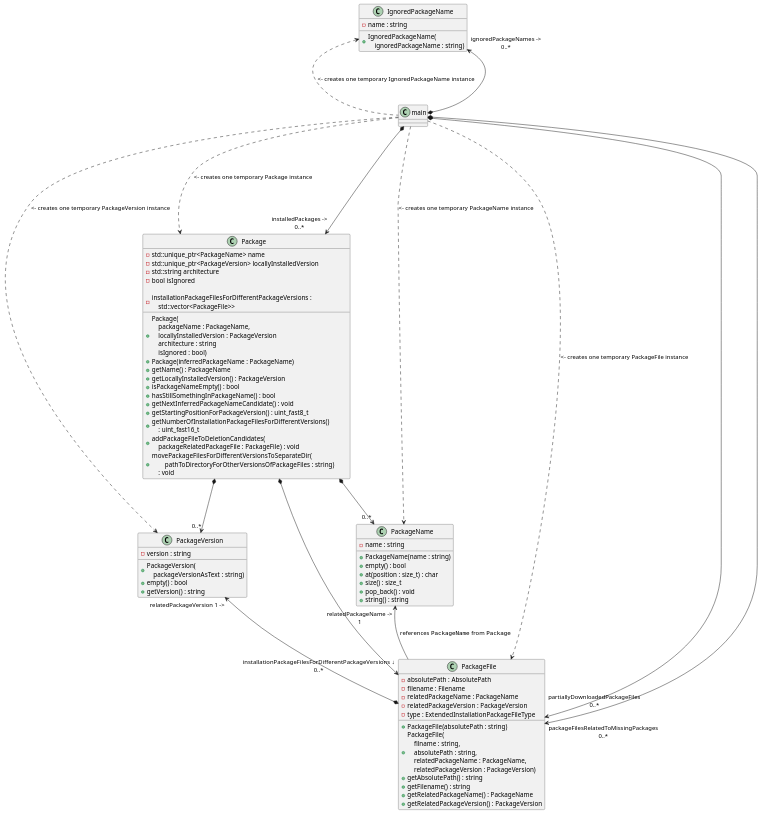
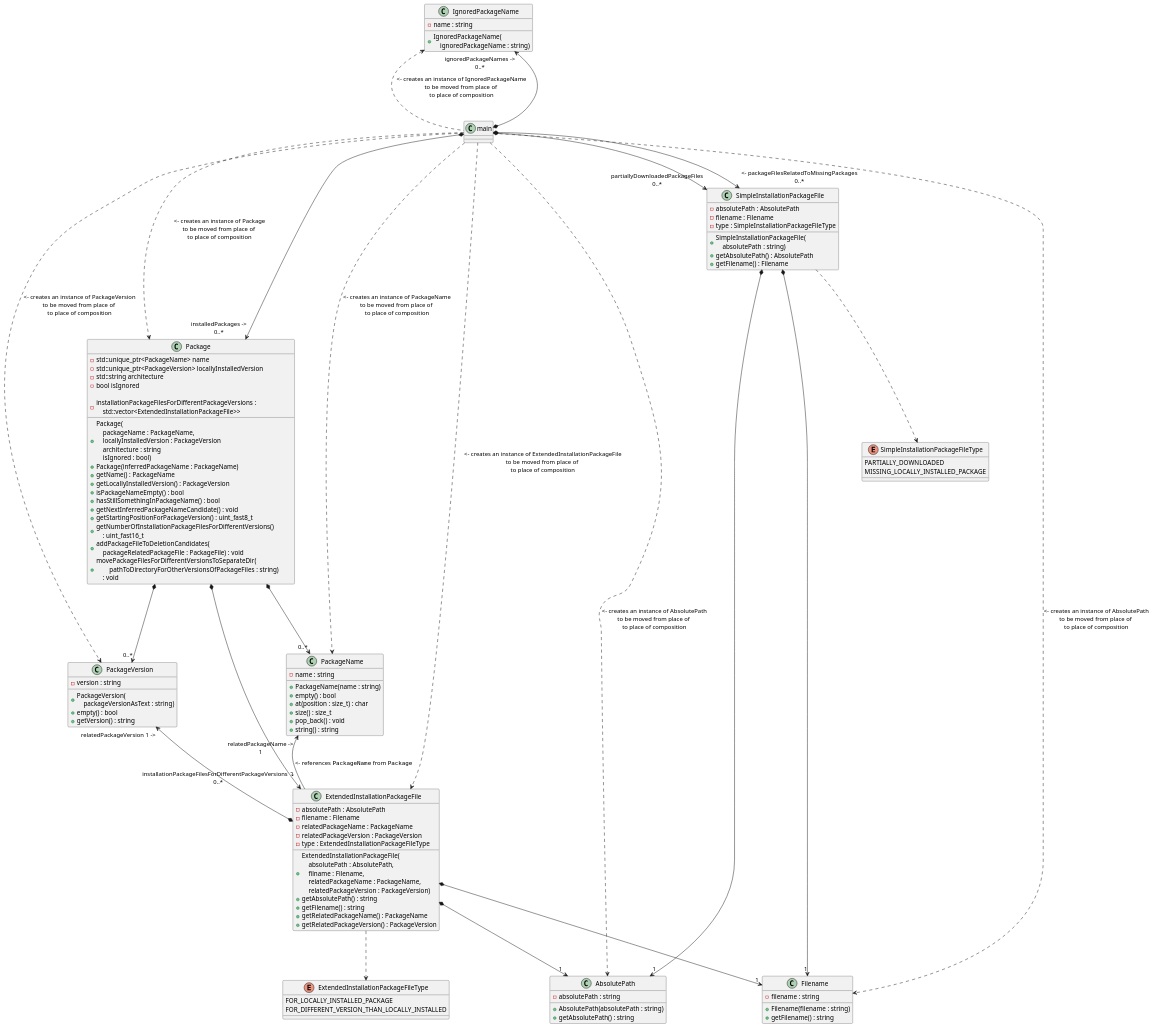
The diagram in clean_pacman_cache_dir-class_diagram.puml (kyberdrb/clean_pacman_cache_dir), drawn with PlantUML before and after one commit. The commit also changed 6 other files, not shown here.

First line of the commit message:
Add UML class diagram with refactored 'PackageFile'...

```diff
--- a/clean_pacman_cache_dir-class_diagram.puml
+++ b/clean_pacman_cache_dir-class_diagram.puml
@@ -1,111 +1,154 @@
 @startuml
 skinparam nodesep 80
 skinparam ranksep 100
 
 class main
 
 class IgnoredPackageName {
     + IgnoredPackageName(\
         \n    ignoredPackageName : string)
     - name : string
 }
 
-main .u.> IgnoredPackageName : "<- creates one temporary IgnoredPackageName instance"
+main .u.> IgnoredPackageName : "<- creates an instance of IgnoredPackageName\nto be moved from place of \nto place of composition"
 main *-u-> "ignoredPackageNames ->\n0..*" IgnoredPackageName
 
 class Package {
     + Package(\
         \n    packageName : PackageName,\
         \n    locallyInstalledVersion : PackageVersion\
         \n    architecture : string\
         \n    isIgnored : bool)
     + Package(inferredPackageName : PackageName)
     + getName() : PackageName
     + getLocallyInstalledVersion() : PackageVersion
     + isPackageNameEmpty() : bool
     + hasStillSomethingInPackageName() : bool
     + getNextInferredPackageNameCandidate() : void
     + getStartingPositionForPackageVersion() : uint_fast8_t
     + getNumberOfInstallationPackageFilesForDifferentVersions()\
         \n    : uint_fast16_t
     + addPackageFileToDeletionCandidates(\
         \n    packageRelatedPackageFile : PackageFile) : void
     + movePackageFilesForDifferentVersionsToSeparateDir(\
         \n        pathToDirectoryForOtherVersionsOfPackageFiles : string)\
         \n    : void
 
     - std::unique_ptr<PackageName> name
     - std::unique_ptr<PackageVersion> locallyInstalledVersion
     - std::string architecture
     - bool isIgnored
 
     - installationPackageFilesForDifferentPackageVersions :\
-        \n    std::vector<PackageFile>>
+        \n    std::vector<ExtendedInstallationPackageFile>>
 }
 
-main ..> Package : "<- creates one temporary Package instance"
+main ..> Package : "<- creates an instance of Package\nto be moved from place of \nto place of composition"
 main *---> "installedPackages ->\n0..*" Package
 Package *--> "0..*" PackageName
 Package *--> "0..*" PackageVersion
-Package *--> "installationPackageFilesForDifferentPackageVersions ↓\n0..*" PackageFile
+Package *--> "installationPackageFilesForDifferentPackageVersions ↴\n0..*" ExtendedInstallationPackageFile
 
-class PackageFile {
-    + PackageFile(absolutePath : string)
-    + PackageFile(\
-        \n    filname : string,\
-        \n    absolutePath : string,\
+class SimpleInstallationPackageFile {
+    + SimpleInstallationPackageFile(\
+        \n    absolutePath : string)
+    + getAbsolutePath() : AbsolutePath
+    + getFilename() : Filename
+    - absolutePath : AbsolutePath
+    - filename : Filename
+    - type : SimpleInstallationPackageFileType
+}
+
+main *--> "partiallyDownloadedPackageFiles\n0..*" SimpleInstallationPackageFile
+main *--> "<- packageFilesRelatedToMissingPackages\n0..*" SimpleInstallationPackageFile
+
+SimpleInstallationPackageFile *--> "1" AbsolutePath
+SimpleInstallationPackageFile *--> "1" Filename
+SimpleInstallationPackageFile ..> SimpleInstallationPackageFileType
+
+class ExtendedInstallationPackageFile {
+    + ExtendedInstallationPackageFile(\
+        \n    absolutePath : AbsolutePath,\
+        \n    filname : Filename,\
         \n    relatedPackageName : PackageName,\
         \n    relatedPackageVersion : PackageVersion)
     + getAbsolutePath() : string
     + getFilename() : string
     + getRelatedPackageName() : PackageName
     + getRelatedPackageVersion() : PackageVersion
     - absolutePath : AbsolutePath
     - filename : Filename
     - relatedPackageName : PackageName
     - relatedPackageVersion : PackageVersion
     - type : ExtendedInstallationPackageFileType
 }
 
-main ..> PackageFile : "<- creates one temporary PackageFile instance"
-main *--> "partiallyDownloadedPackageFiles\n0..*\n" PackageFile
-main *--> "packageFilesRelatedToMissingPackages\n0..*\n" PackageFile
+main ..> ExtendedInstallationPackageFile : "<- creates an instance of ExtendedInstallationPackageFile\nto be moved from place of \nto place of composition"
 
-PackageFile -l-> "relatedPackageName ->\n1" PackageName : " references ""PackageName"" from ""Package"""
+ExtendedInstallationPackageFile *--> "1" AbsolutePath
+ExtendedInstallationPackageFile *--> "1" Filename
+
+ExtendedInstallationPackageFile -l-> "relatedPackageName ->\n1" PackageName : "<- references ""PackageName"" from ""Package"""
 /'
 The relationship between 'PackageFile' and 'PackageName'
  can also be modelled with 'shared_ptr' packageName member
  in Package and referenced to a 'weak_ptr' relatedPackageName
  member in PackageFile but I'll leave this as is now,
  because 'unique_ptr' with reference has less overhead
  than 'shared_ptr' with 'weak_ptr'
  because of the reference counting feature of 'shared_ptr'
 '/
 
-PackageFile *-u-> "relatedPackageVersion 1 ->" PackageVersion
+ExtendedInstallationPackageFile *-u-> "relatedPackageVersion 1 ->" PackageVersion
+ExtendedInstallationPackageFile ..> ExtendedInstallationPackageFileType
 
 class PackageName {
     + PackageName(name : string)
     + empty() : bool
     + at(position : size_t) : char
     + size() : size_t
     + pop_back() : void
     + string() : string
 
     - name : string
 }
 
-main ..> PackageName : "<- creates one temporary PackageName instance"
+main ..> PackageName : "<- creates an instance of PackageName\nto be moved from place of \nto place of composition"
 
 class PackageVersion {
     + PackageVersion(\
         \n    packageVersionAsText : string)
     + empty() : bool
     + getVersion() : string
 
     - version : string
 }
 
-main ..> PackageVersion : "<- creates one temporary PackageVersion instance"
+main ..> PackageVersion : "<- creates an instance of PackageVersion\nto be moved from place of \nto place of composition"
 
+class AbsolutePath {
+    + AbsolutePath(absolutePath : string)
+    + getAbsolutePath() : string
+    - absolutePath : string
+}
+
+main ..> AbsolutePath : "<- creates an instance of AbsolutePath\nto be moved from place of \nto place of composition"
+
+class Filename {
+    + Filename(filename : string)
+    + getFilename() : string
+    - filename : string
+}
+
+main ..> Filename : "<- creates an instance of AbsolutePath\nto be moved from place of \nto place of composition"
+
+enum SimpleInstallationPackageFileType {
+    PARTIALLY_DOWNLOADED
+    MISSING_LOCALLY_INSTALLED_PACKAGE
+}
+
+enum ExtendedInstallationPackageFileType {
+    FOR_LOCALLY_INSTALLED_PACKAGE
+    FOR_DIFFERENT_VERSION_THAN_LOCALLY_INSTALLED
+}
 @enduml
```
